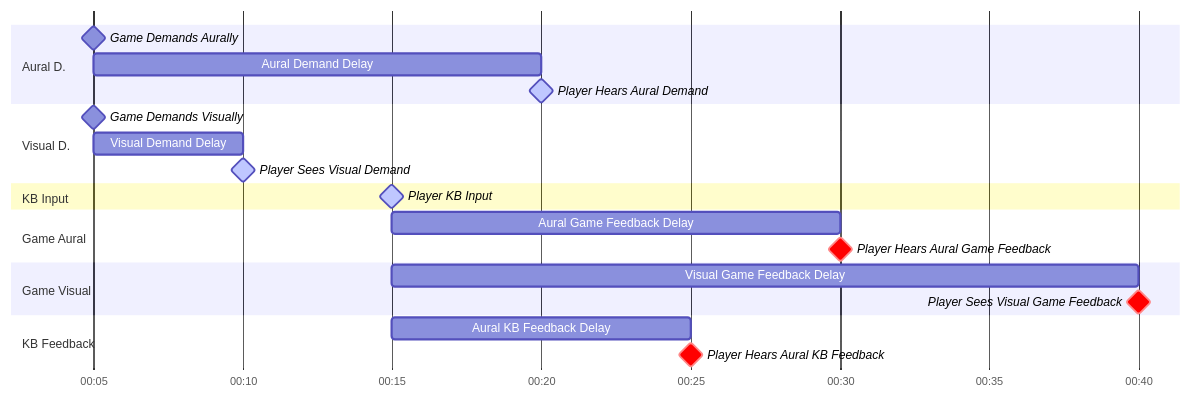
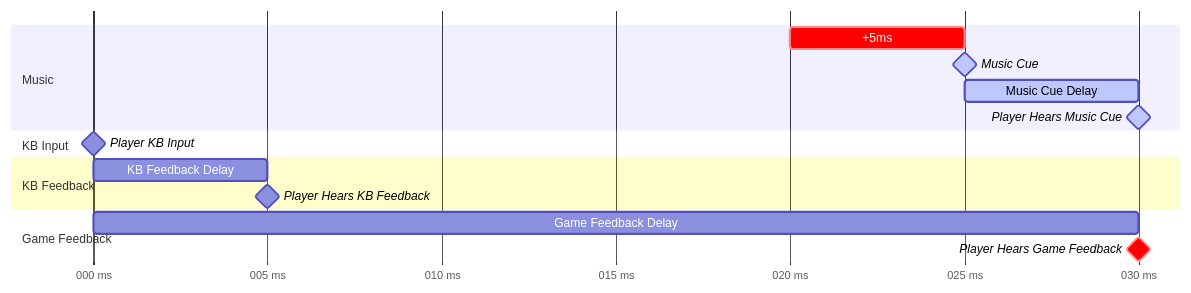
One commit to Eve-ning/Eve-ning.github.io changed the ninth of 12 diagrams in _posts/2024-10-04-hitsounds.md. Above: the diagram before and after it, drawn with Mermaid. The commit also changed other lines of this file, not shown here.

````diff
--- a/_posts/2024-10-04-hitsounds.md
+++ b/_posts/2024-10-04-hitsounds.md
@@ -349,30 +401,23 @@
 ```mermaid
 gantt
-  dateFormat mm:ss
-  axisFormat %M:%S
+  dateFormat SSS
+  axisFormat %L ms
+  tickInterval 5millisecond
 
-  section Aural D.
-    Game Demands Aurally: milestone, 00:05,
-    Aural Demand Delay: 00:05, 00:20
-    Player Hears Aural Demand: active, milestone, 00:20,
-
-  section Visual D.
-    Game Demands Visually: milestone, 00:05,
-    Visual Demand Delay: 00:05, 00:10
-    Player Sees Visual Demand: active, milestone, 00:10,
+  section Music
+    +5ms: crit, 020, 025
+    Music Cue: active, milestone, 025,
+    Music Cue Delay: active, 025, 030
+    Player Hears Music Cue: active, milestone, 030,
 
   section KB Input
-    Player KB Input: active, milestone, 00:15,
-
-  section Game Aural
-    Aural Game Feedback Delay: 00:15, 00:30
-    Player Hears Aural Game Feedback: crit, milestone, 00:30,
-
-  section Game Visual
-    Visual Game Feedback Delay: 00:15, 00:40
-    Player Sees Visual Game Feedback: crit, milestone, 00:40,
+    Player KB Input: milestone, 000,
 
   section KB Feedback
-    Aural KB Feedback Delay: 00:15, 00:25
-    Player Hears Aural KB Feedback: crit, milestone, 00:25,
+    KB Feedback Delay: 000, 005
+    Player Hears KB Feedback: milestone, 005,
+
+  section Game Feedback
+    Game Feedback Delay: 000, 030
+    Player Hears Game Feedback: crit, milestone, 030,
 ```
````
